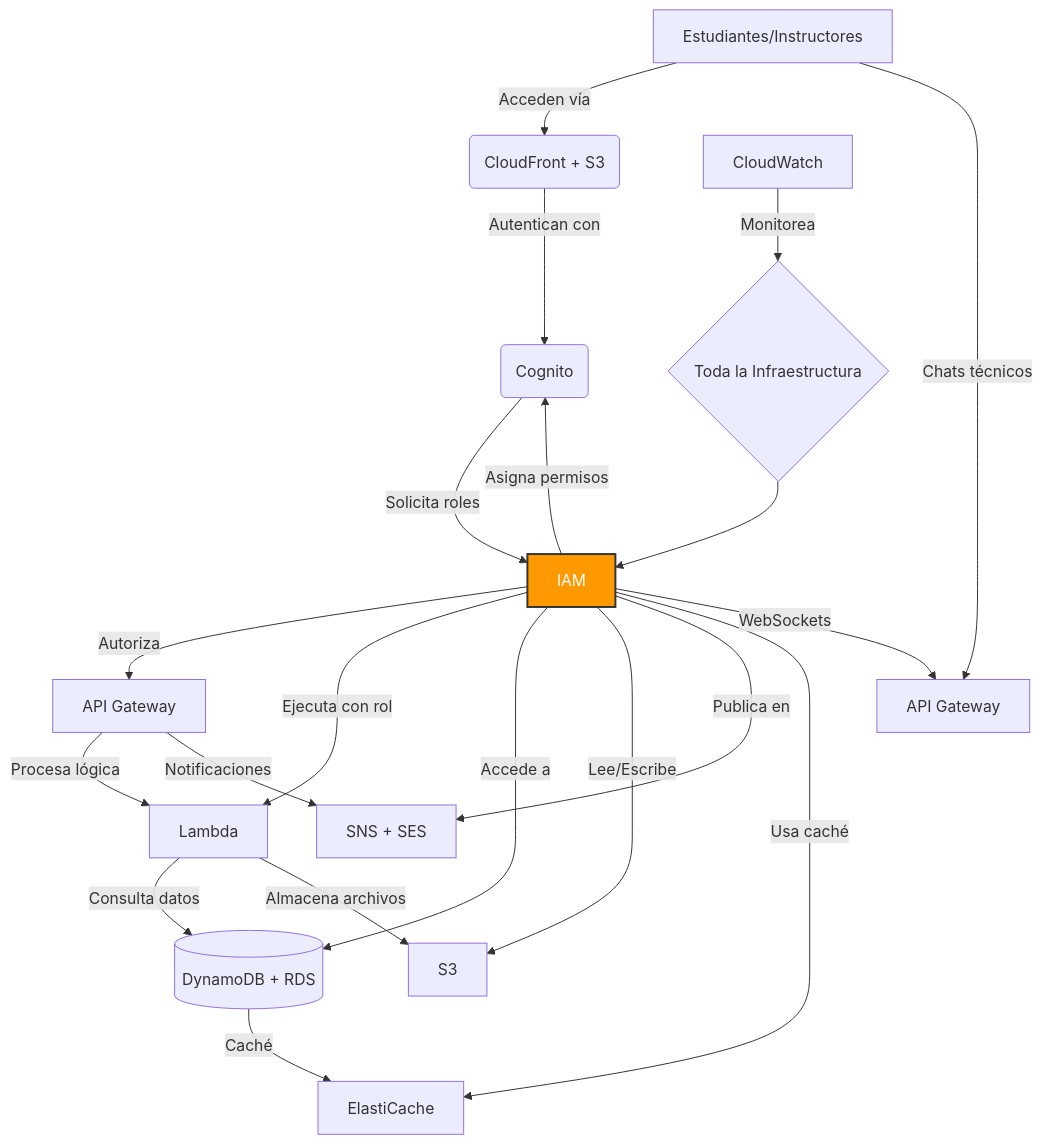
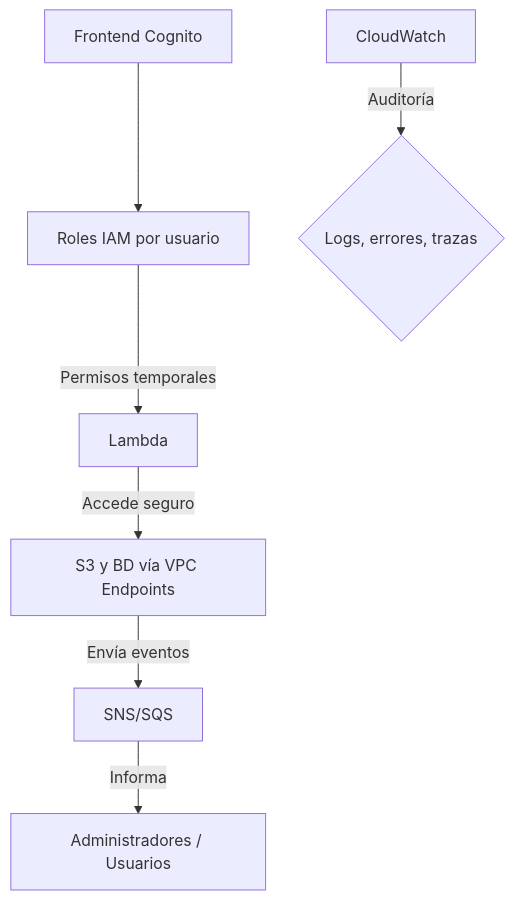
One commit to IACProject/aws_cursosOnline changed the third of 3 diagrams in README.md. Above: the diagram before and after it, drawn with Mermaid. The commit also changed other lines of this file, not shown here.

````diff
--- a/README.md
+++ b/README.md
@@ -27,24 +61,9 @@
 ```mermaid
 graph TD
-    A[Estudiantes/Instructores] -->|Acceden vía| B(CloudFront + S3)
-    B -->|Autentican con| C(Cognito)
-    C -->|Solicita roles| IAM
-    IAM -->|Asigna permisos| C
-    IAM -->|Autoriza| D[API Gateway]
-    IAM -->|Ejecuta con rol| E[Lambda]
-    IAM -->|Accede a| F[(DynamoDB + RDS)]
-    IAM -->|Lee/Escribe| G[S3]
-    IAM -->|Publica en| H[SNS + SES]
-    IAM -->|Usa caché| I[ElastiCache]
-    IAM -->|WebSockets| J[API Gateway]
-    D -->|Procesa lógica| E
-    E -->|Consulta datos| F
-    E -->|Almacena archivos| G
-    D -->|Notificaciones| H
-    F -->|Caché| I
-    A -->|Chats técnicos| J
-    K[CloudWatch] -->|Monitorea| L{Toda la Infraestructura}
-    L --> IAM
-
-    style IAM fill:#ff9900,color:#fff,stroke:#333,stroke-width:2px
+    A[Frontend Cognito] --> B[Roles IAM por usuario]
+    B -->|Permisos temporales| C[Lambda]
+    C -->|Accede seguro| D[S3 y BD vía VPC Endpoints]
+    D -->|Envía eventos| E[SNS/SQS]
+    E -->|Informa| F[Administradores / Usuarios]
+    G[CloudWatch] -->|Auditoría| H{Logs, errores, trazas}
 ```
````
